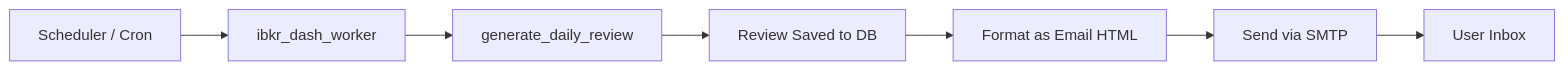
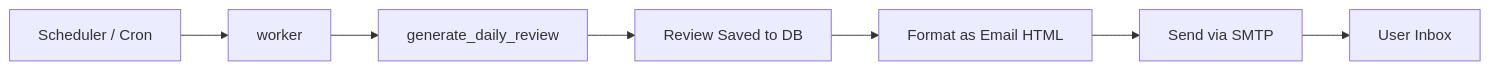
The fourth of 4 diagrams in docs/docs/agents/daily-review.md (XUranus/ibkr-dash), drawn with Mermaid before and after one commit. The commit also changed other lines of this file and 373 other files, not shown here.

First line of the commit message:
refactor: rename ibkr_dash_{backend,frontend,worker} to {backend,frontend,worker}

````diff
--- a/docs/docs/agents/daily-review.md
+++ b/docs/docs/agents/daily-review.md
@@ -227,9 +227,9 @@
 ```mermaid
 flowchart LR
-    A[Scheduler / Cron] --> B[ibkr_dash_worker]
+    A[Scheduler / Cron] --> B[worker]
     B --> C[generate_daily_review]
     C --> D[Review Saved to DB]
     D --> E[Format as Email HTML]
     E --> F[Send via SMTP]
     F --> G[User Inbox]
 ```
````
